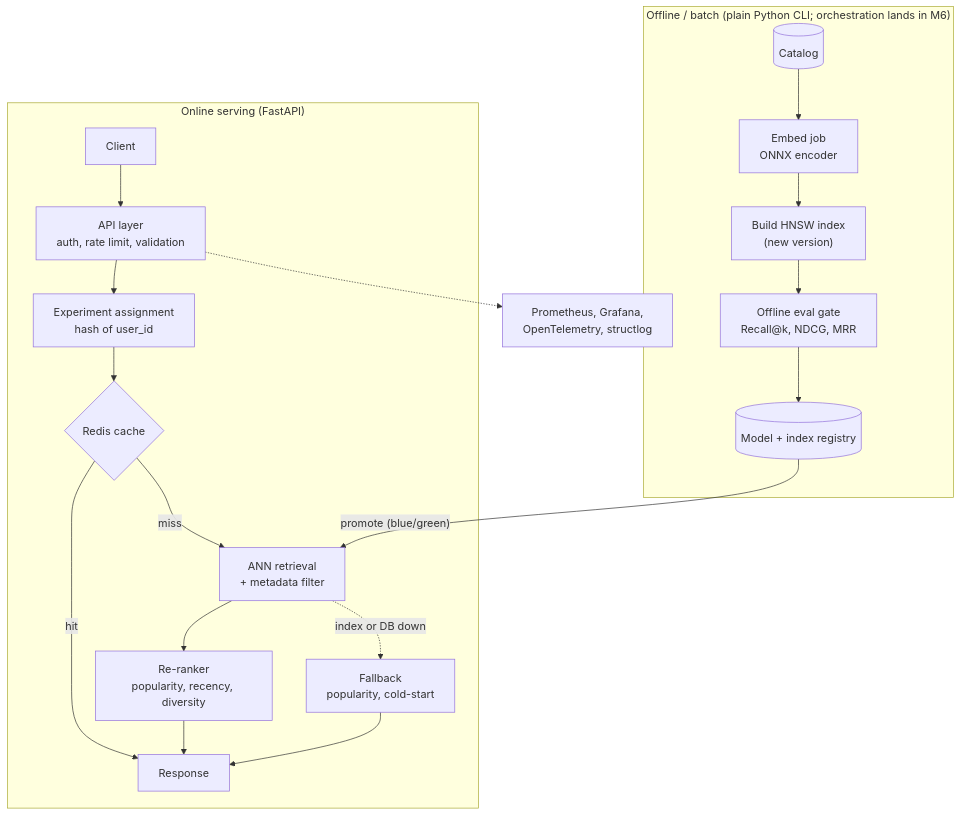
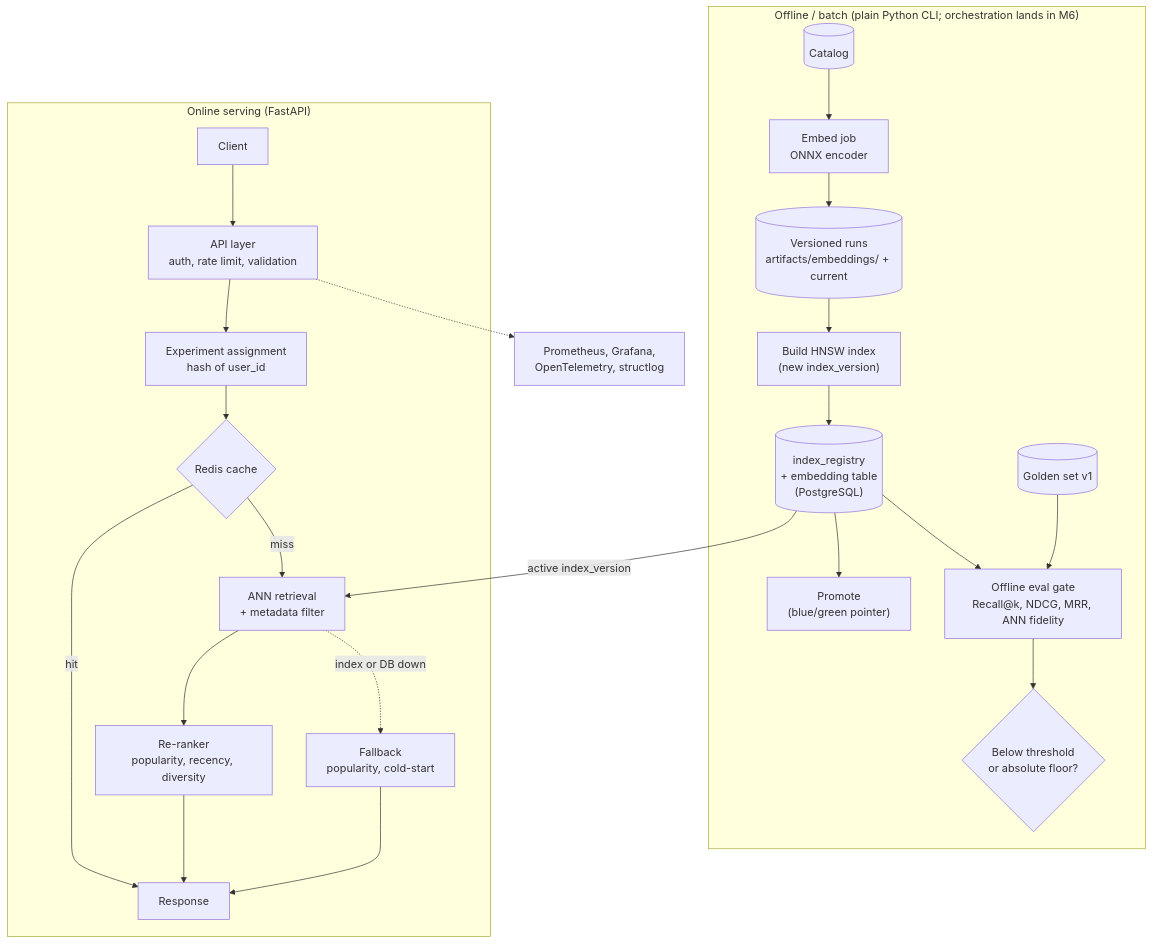
One commit to WoodinGlass/embedding-recommender-api changed the diagram in README.md. Above: the diagram before and after it, drawn with Mermaid.

````diff
--- a/README.md
+++ b/README.md
@@ -43,24 +43,28 @@
 ```mermaid
 flowchart TB
   subgraph OFFLINE["Offline / batch (plain Python CLI; orchestration lands in M6)"]
     CAT[("Catalog")] --> EMB["Embed job<br/>ONNX encoder"]
-    EMB --> IDX["Build HNSW index<br/>(new version)"]
-    IDX --> EVAL["Offline eval gate<br/>Recall@k, NDCG, MRR"]
-    EVAL --> REG[("Model + index registry")]
+    EMB --> RUNS[("Versioned runs<br/>artifacts/embeddings/ + current")]
+    RUNS --> BLD["Build HNSW index<br/>(new index_version)"]
+    BLD --> IDXREG[("index_registry<br/>+ embedding table<br/>(PostgreSQL)")]
+    IDXREG --> PROM["Promote<br/>(blue/green pointer)"]
+    IDXREG --> EVAL["Offline eval gate<br/>Recall@k, NDCG, MRR, ANN fidelity"]
+    GS[("Golden set v1")] --> EVAL
+    EVAL --> GATE{"Below threshold<br/>or absolute floor?"}
   end
 
   subgraph ONLINE["Online serving (FastAPI)"]
     CL["Client"] --> API["API layer<br/>auth, rate limit, validation"]
     API --> AB["Experiment assignment<br/>hash of user_id"]
     AB --> RC{"Redis cache"}
     RC -- hit --> OUT["Response"]
     RC -- miss --> ANN["ANN retrieval<br/>+ metadata filter"]
     ANN --> RR["Re-ranker<br/>popularity, recency, diversity"]
     RR --> OUT
     ANN -. index or DB down .-> FB["Fallback<br/>popularity, cold-start"]
     FB --> OUT
   end
 
-  REG -- "promote (blue/green)" --> ANN
+  IDXREG -- "active index_version" --> ANN
   API -.-> OBS["Prometheus, Grafana,<br/>OpenTelemetry, structlog"]
 ```
````
